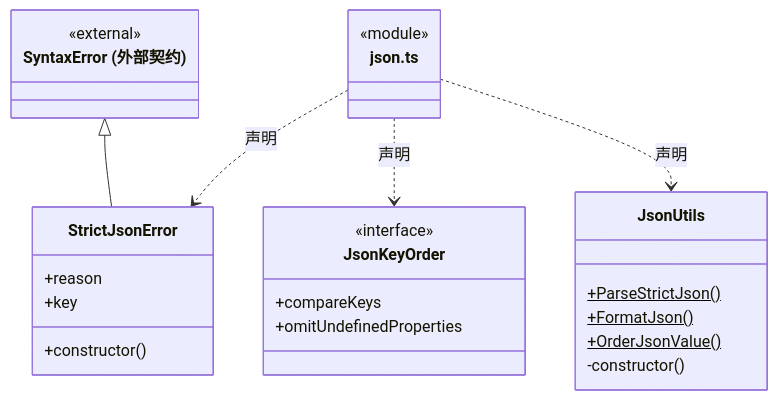
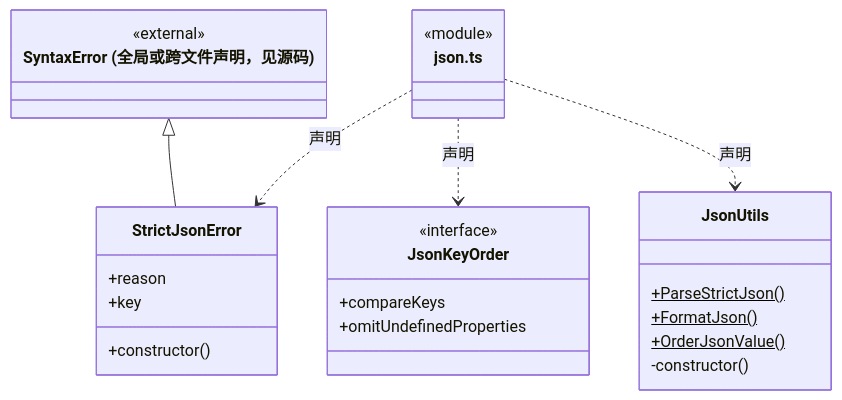
Before and after one commit to nan023062/cbim: the fifth of 8 diagrams in src/core/utility/ARCHITECTURE.md, drawn with Mermaid. The commit also changed other lines of this file and 112 other files, not shown here.

Commit message:
docs: align source architecture with current declarations and contracts

````diff
--- a/src/core/utility/ARCHITECTURE.md
+++ b/src/core/utility/ARCHITECTURE.md
@@ -275,29 +276,29 @@
 ```mermaid
 classDiagram
 class N_src_core_utility_json_ts["json.ts"] {
   <<module>>
 }
 class N_src_core_utility_json_ts_StrictJsonError["StrictJsonError"] {
   +reason
   +key
   +constructor()
 }
 N_src_core_utility_json_ts ..> N_src_core_utility_json_ts_StrictJsonError : 声明
-class N_src_core_utility_json_ts_external_SyntaxError["SyntaxError (外部契约)"] {
+class N_src_core_utility_json_ts_external_SyntaxError["SyntaxError (全局或跨文件声明，见源码)"] {
   <<external>>
 }
 N_src_core_utility_json_ts_external_SyntaxError <|-- N_src_core_utility_json_ts_StrictJsonError
 class N_src_core_utility_json_ts_JsonKeyOrder["JsonKeyOrder"] {
   <<interface>>
   +compareKeys
   +omitUndefinedProperties
 }
 N_src_core_utility_json_ts ..> N_src_core_utility_json_ts_JsonKeyOrder : 声明
 class N_src_core_utility_json_ts_JsonUtils["JsonUtils"] {
   +ParseStrictJson()$
   +FormatJson()$
   +OrderJsonValue()$
   -constructor()
 }
 N_src_core_utility_json_ts ..> N_src_core_utility_json_ts_JsonUtils : 声明
 ```
````
